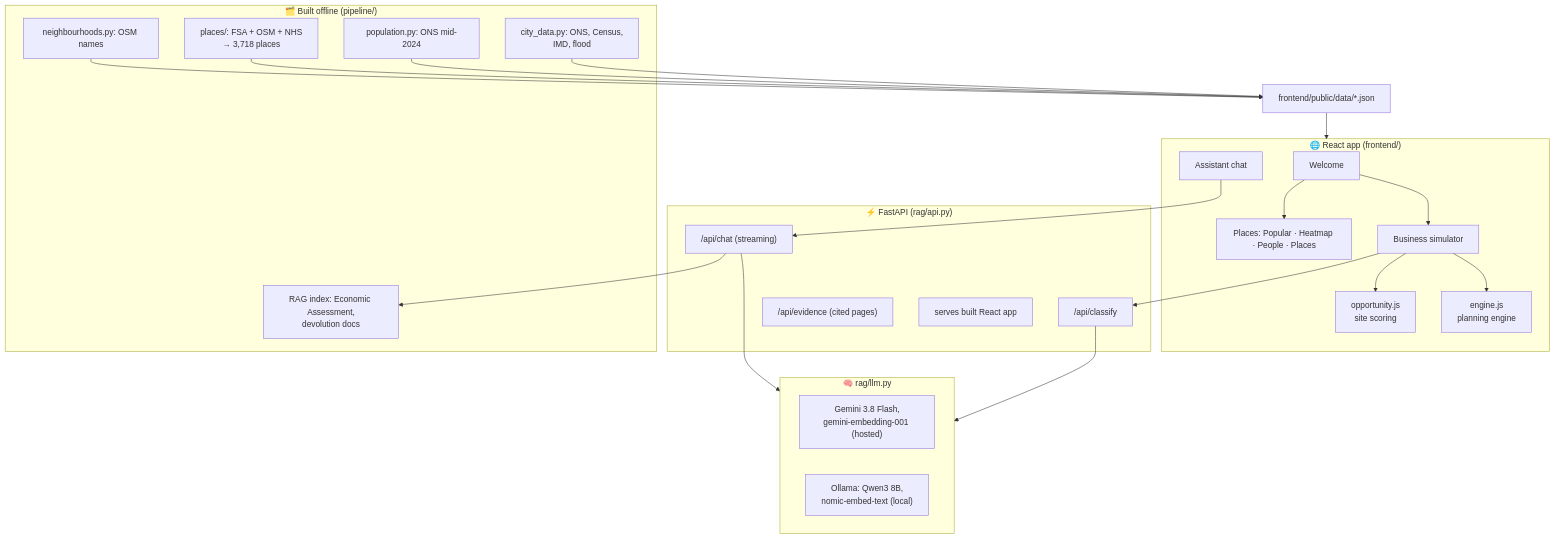
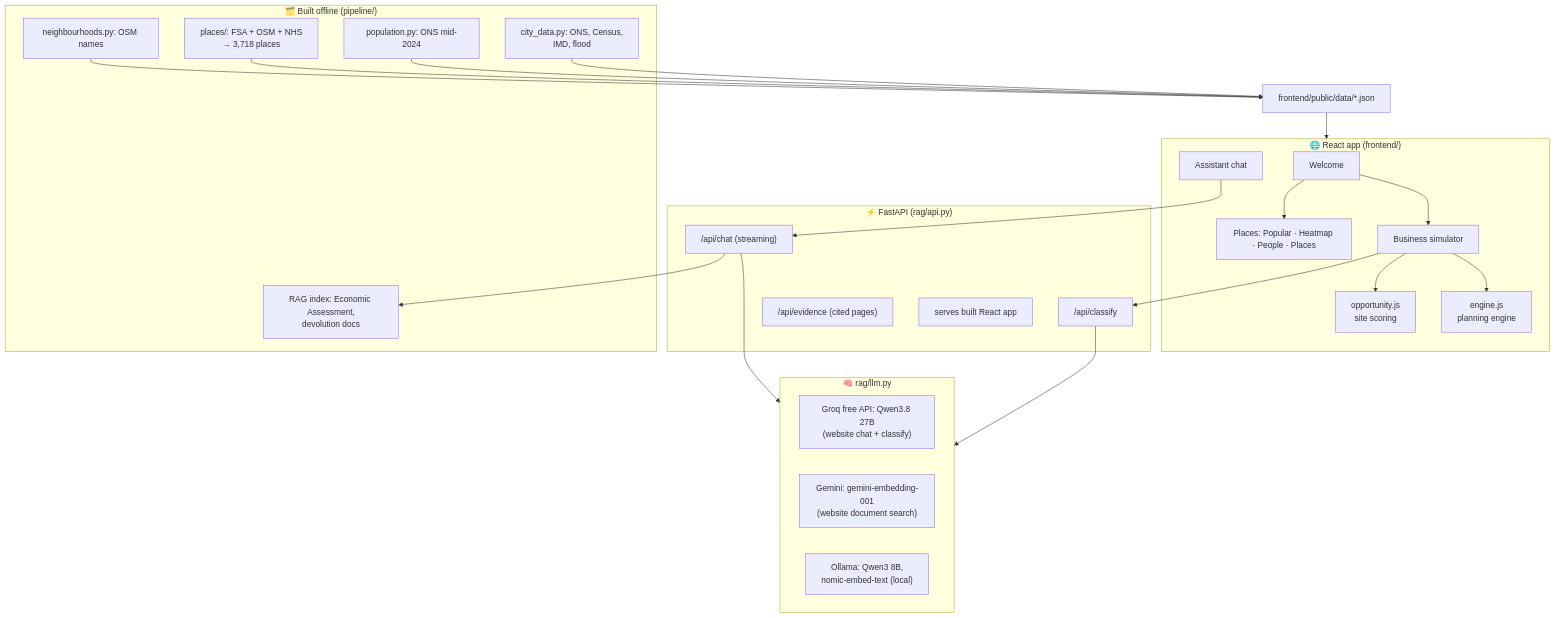
Before and after one commit to edwardyun12/civiclens-sotonship2026: the second of 2 diagrams in README.md, drawn with Mermaid. The commit also changed other lines of this file and 8 other files, not shown here.

Commit message:
Website runs on the Groq free API (qwen/qwen3.8-27b, reasoning off) for chat and the business classifier, with Gemini embeddings for document search; Gemini and Ollama kept as options; Groq client tests; README and Render config updated

````diff
--- a/README.md
+++ b/README.md
@@ -209,33 +210,34 @@
 ```mermaid
 flowchart TB
   subgraph Browser["🌐 React app (frontend/)"]
     W[Welcome] --> PL["Places: Popular · Heatmap · People · Places"]
     W --> SIM["Business simulator"]
     SIM --> OPP["opportunity.js<br/>site scoring"]
     SIM --> ENG["engine.js<br/>planning engine"]
     CHAT["Assistant chat"]
   end
   subgraph API["⚡ FastAPI (rag/api.py)"]
     CL["/api/classify"]
     CH["/api/chat (streaming)"]
     EV["/api/evidence (cited pages)"]
     ST["serves built React app"]
   end
   subgraph LLM["🧠 rag/llm.py"]
-    GE["Gemini 3.8 Flash,<br/>gemini-embedding-001 (hosted)"]
+    GQ["Groq free API: Qwen3.8 27B<br/>(website chat + classify)"]
+    GE["Gemini: gemini-embedding-001<br/>(website document search)"]
     OL["Ollama: Qwen3 8B,<br/>nomic-embed-text (local)"]
   end
   subgraph Data["🗂️ Built offline (pipeline/)"]
     CD["city_data.py: ONS, Census,<br/>IMD, flood"]
     POP["population.py: ONS mid-2024"]
     PLC["places/: FSA + OSM + NHS<br/>→ 3,718 places"]
     NB["neighbourhoods.py: OSM names"]
     IDX["RAG index: Economic Assessment,<br/>devolution docs"]
   end
   SIM --> CL
   CHAT --> CH
   CL --> LLM
   CH --> LLM
   CH --> IDX
   CD & POP & PLC & NB --> J["frontend/public/data/*.json"] --> Browser
 ```
````
